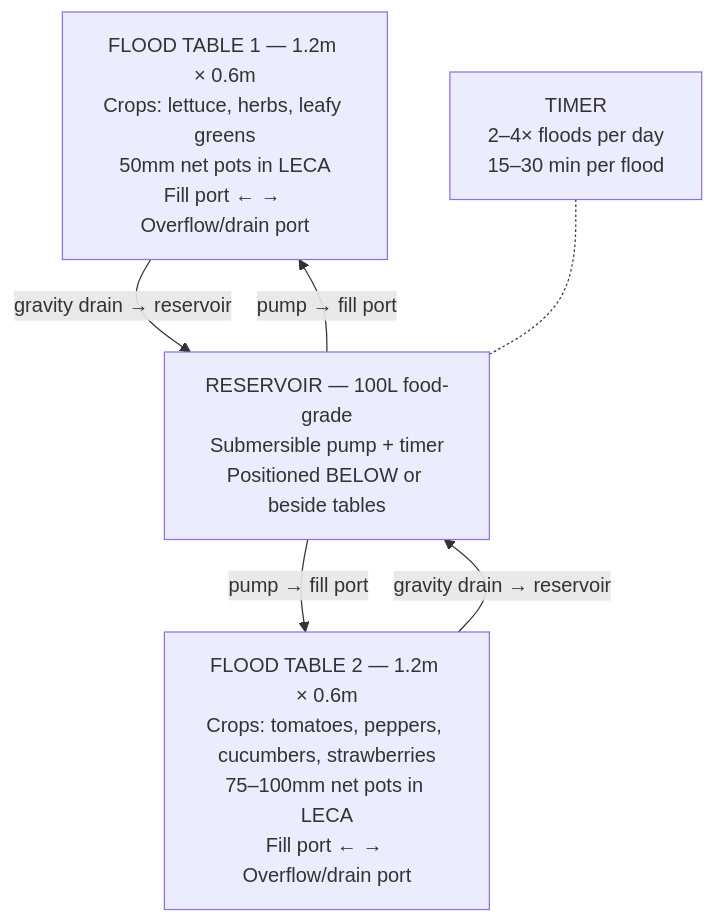
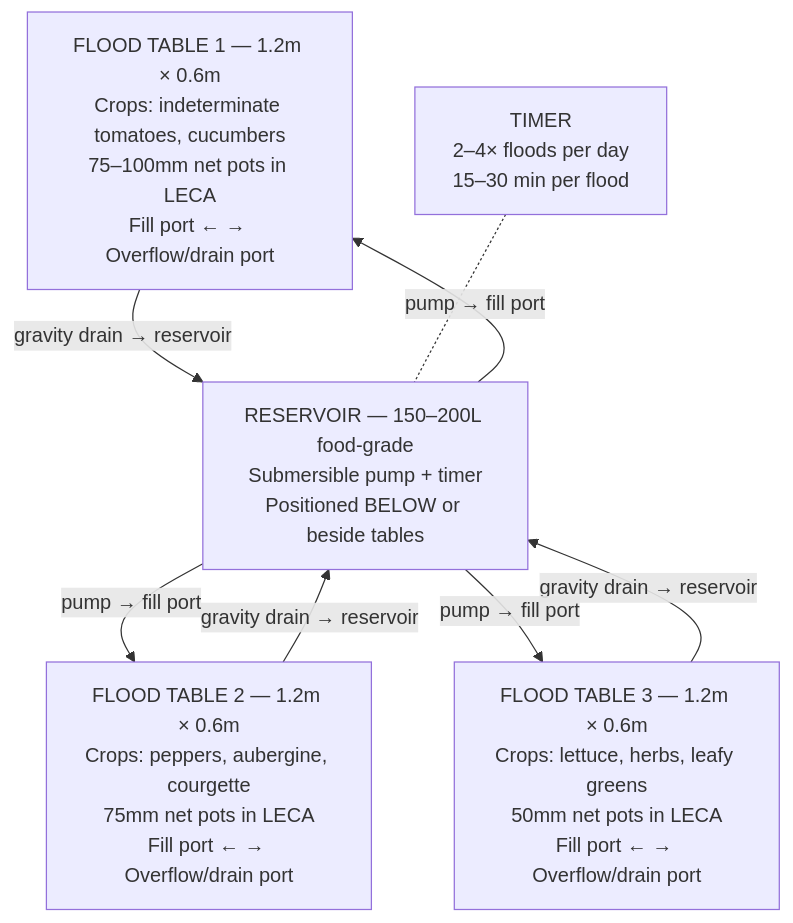
Before and after one commit to UncleJS/guide_hydroponics: the first of 8 diagrams in guide/ebb-and-flow/11-build-guide.md, drawn with Mermaid. The commit also changed other lines of this file and 22 other files, not shown here.

````diff
--- a/guide/ebb-and-flow/11-build-guide.md
+++ b/guide/ebb-and-flow/11-build-guide.md
@@ -79,12 +79,15 @@
 ```mermaid
 flowchart TB
-    T1["FLOOD TABLE 1 — 1.2m × 0.6m<br/>Crops: lettuce, herbs, leafy greens<br/>50mm net pots in LECA<br/>Fill port ← → Overflow/drain port"]
-    T2["FLOOD TABLE 2 — 1.2m × 0.6m<br/>Crops: tomatoes, peppers, cucumbers, strawberries<br/>75–100mm net pots in LECA<br/>Fill port ← → Overflow/drain port"]
-    RES["RESERVOIR — 100L food-grade<br/>Submersible pump + timer<br/>Positioned BELOW or beside tables"]
+    T1["FLOOD TABLE 1 — 1.2m × 0.6m<br/>Crops: indeterminate tomatoes, cucumbers<br/>75–100mm net pots in LECA<br/>Fill port ← → Overflow/drain port"]
+    T2["FLOOD TABLE 2 — 1.2m × 0.6m<br/>Crops: peppers, aubergine, courgette<br/>75mm net pots in LECA<br/>Fill port ← → Overflow/drain port"]
+    T3["FLOOD TABLE 3 — 1.2m × 0.6m<br/>Crops: lettuce, herbs, leafy greens<br/>50mm net pots in LECA<br/>Fill port ← → Overflow/drain port"]
+    RES["RESERVOIR — 150–200L food-grade<br/>Submersible pump + timer<br/>Positioned BELOW or beside tables"]
     TIMER["TIMER<br/>2–4× floods per day<br/>15–30 min per flood"]
     T1 -->|"gravity drain → reservoir"| RES
     T2 -->|"gravity drain → reservoir"| RES
+    T3 -->|"gravity drain → reservoir"| RES
     RES -->|"pump → fill port"| T1
     RES -->|"pump → fill port"| T2
+    RES -->|"pump → fill port"| T3
     TIMER -.- RES
 ```
````
